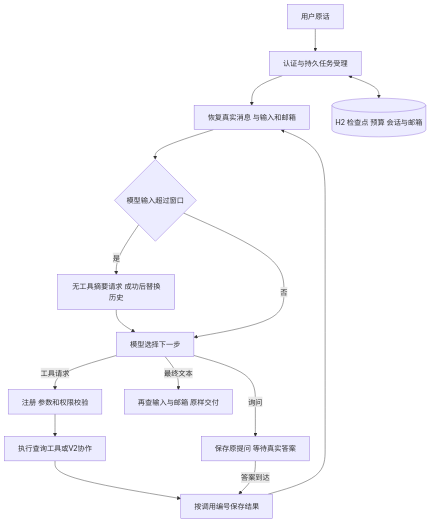
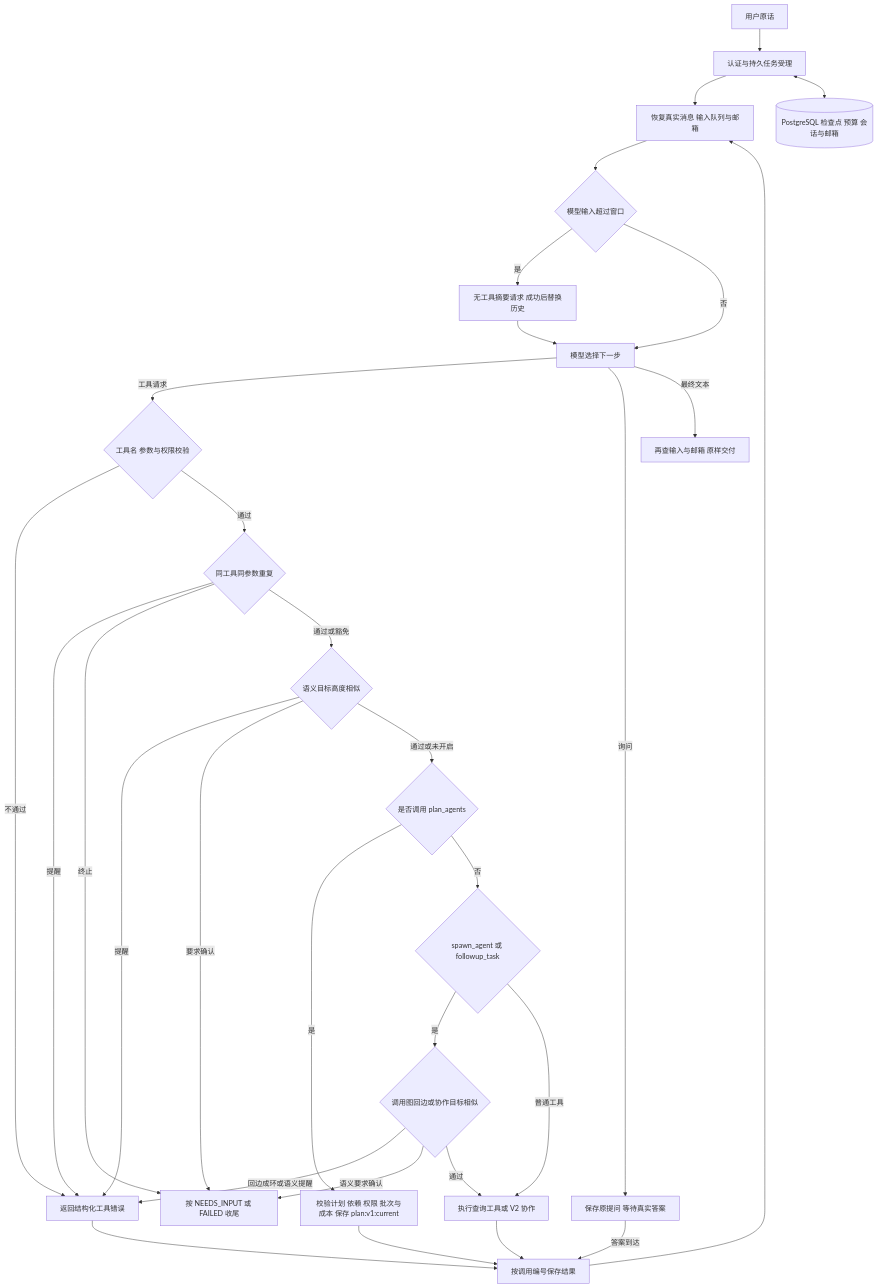
One commit to hj456992/agentscope-react-demo changed the first of 3 diagrams in docs/Supervisor使用说明.md. Above: the diagram before and after it, drawn with Mermaid. The commit also changed other lines of this file and 405 other files, not shown here.

First line of the commit message:
feat: 接入 PostgreSQL 与治理前端，补齐验收文档

````diff
--- a/docs/Supervisor使用说明.md
+++ b/docs/Supervisor使用说明.md
@@ -9,17 +9,33 @@
 ```mermaid
 flowchart TD
     U[用户原话] --> A[认证与持久任务受理]
-    A --> H[恢复真实消息 与输入和邮箱]
+    A --> H[恢复真实消息 输入队列与邮箱]
     H --> C{模型输入超过窗口}
     C -->|是| K[无工具摘要请求 成功后替换历史]
-    K --> M[模型选择下一步]
-    C -->|否| M
-    M -->|工具请求| T[注册 参数和权限校验]
-    T --> Q[执行查询工具或V2协作]
-    Q --> R[按调用编号保存结果]
+    C -->|否| M[模型选择下一步]
+    K --> M
+    M -->|工具请求| V{工具名 参数与权限校验}
+    V -->|不通过| E[返回结构化工具错误]
+    V -->|通过| L{同工具同参数重复}
+    L -->|提醒| E
+    L -->|终止| X[按 NEEDS_INPUT 或 FAILED 收尾]
+    L -->|通过或豁免| S{语义目标高度相似}
+    S -->|提醒| E
+    S -->|要求确认| X
+    S -->|通过或未开启| P{是否调用 plan_agents}
+    P -->|是| PL[校验计划 依赖 权限 批次与成本 保存 plan:v1:current]
+    PL --> R
+    P -->|否| G{spawn_agent 或 followup_task}
+    G -->|是| CG{调用图回边或协作目标相似}
+    CG -->|回边成环或语义提醒| E
+    CG -->|语义要求确认| X
+    CG -->|通过| Q[执行查询工具或 V2 协作]
+    G -->|普通工具| Q
+    E --> R[按调用编号保存结果]
+    Q --> R
     R --> H
     M -->|询问| W[保存原提问 等待真实答案]
     W -->|答案到达| R
     M -->|最终文本| F[再查输入与邮箱 原样交付]
-    A <--> DB[(H2 检查点 预算 会话与邮箱)]
+    A <--> DB[(PostgreSQL 检查点 预算 会话与邮箱)]
 ```
````
